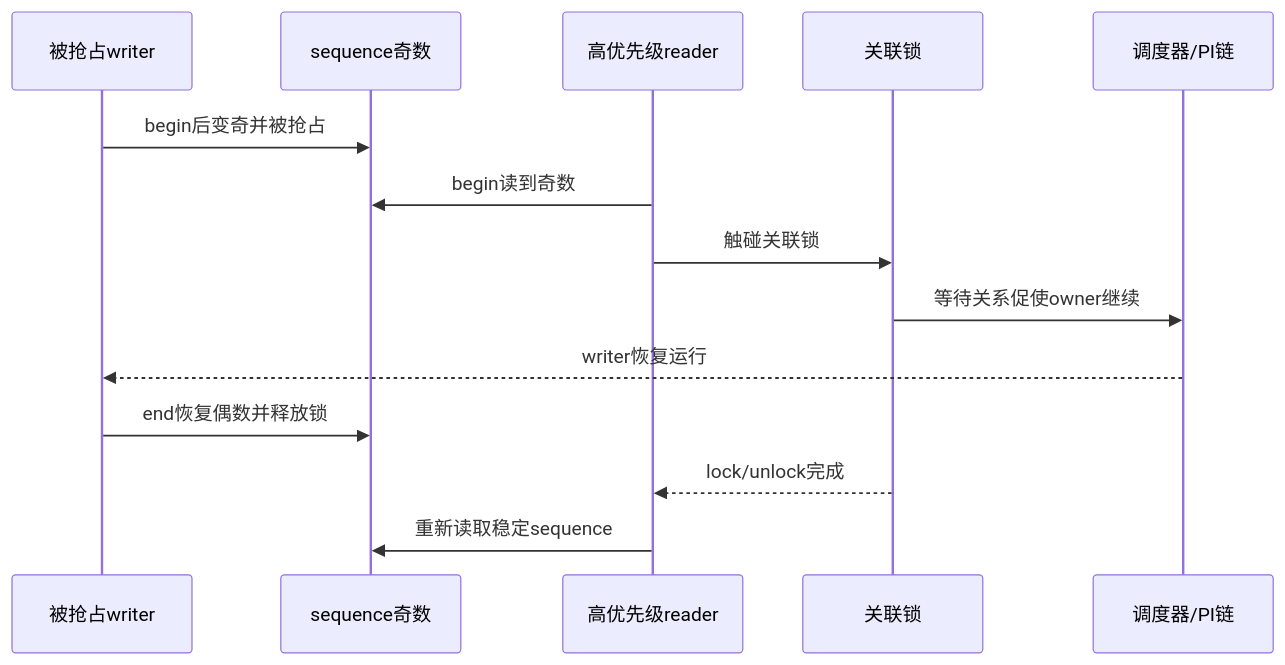
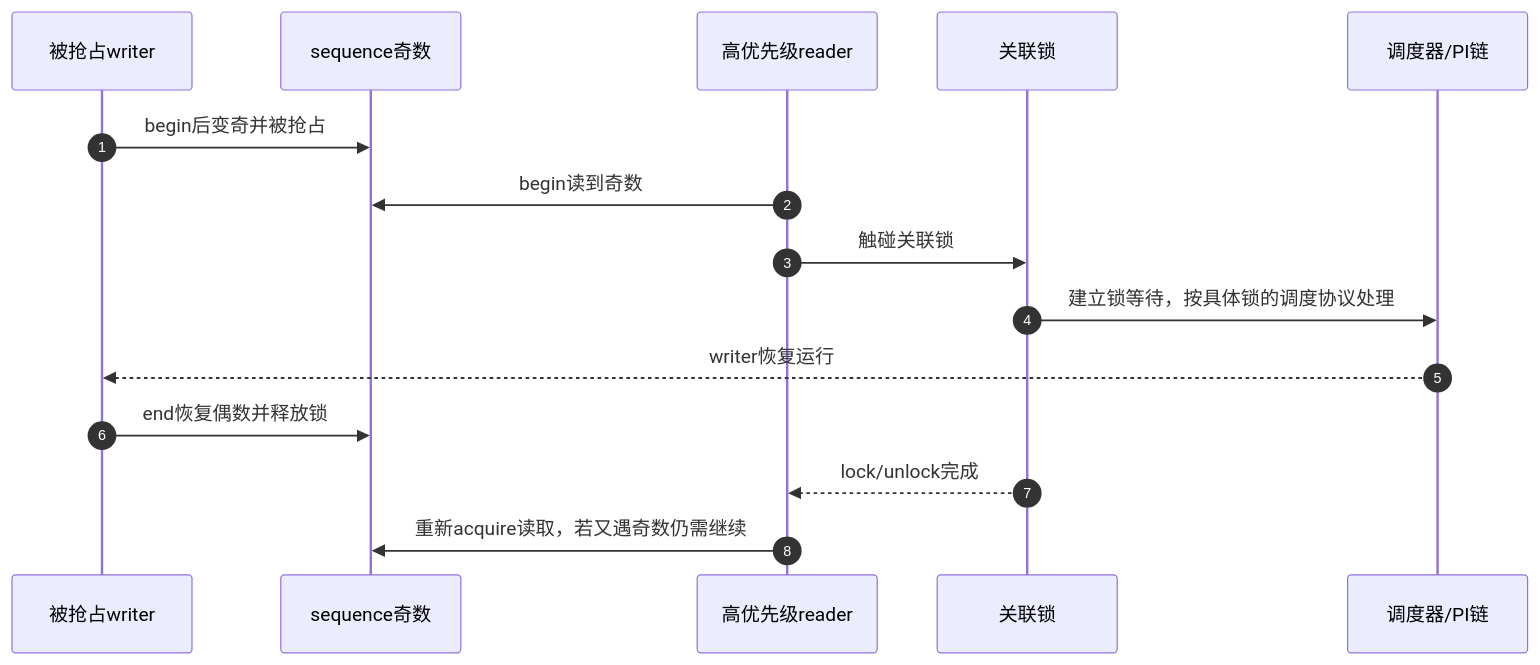
The second of 2 diagrams in knowledge/linux/synchronization_and_asynchrony/synchronization/sequence_counters/P05_关联锁变体与实时性边界.md (FormingSystem/linux_note), drawn with Mermaid before and after one commit. The commit also changed other lines of this file and 7 other files, not shown here.

````diff
--- a/knowledge/linux/synchronization_and_asynchrony/synchronization/sequence_counters/P05_关联锁变体与实时性边界.md
+++ b/knowledge/linux/synchronization_and_asynchrony/synchronization/sequence_counters/P05_关联锁变体与实时性边界.md
@@ -32,17 +47,18 @@
 ```mermaid
 sequenceDiagram
+    autonumber
     participant W as 被抢占writer
     participant S as sequence奇数
     participant R as 高优先级reader
     participant L as 关联锁
     participant C as 调度器/PI链
 
     W->>S: begin后变奇并被抢占
     R->>S: begin读到奇数
     R->>L: 触碰关联锁
-    L->>C: 等待关系促使owner继续
+    L->>C: 建立锁等待，按具体锁的调度协议处理
     C-->>W: writer恢复运行
     W->>S: end恢复偶数并释放锁
     L-->>R: lock/unlock完成
-    R->>S: 重新读取稳定sequence
+    R->>S: 重新acquire读取，若又遇奇数仍需继续
 ```
````
